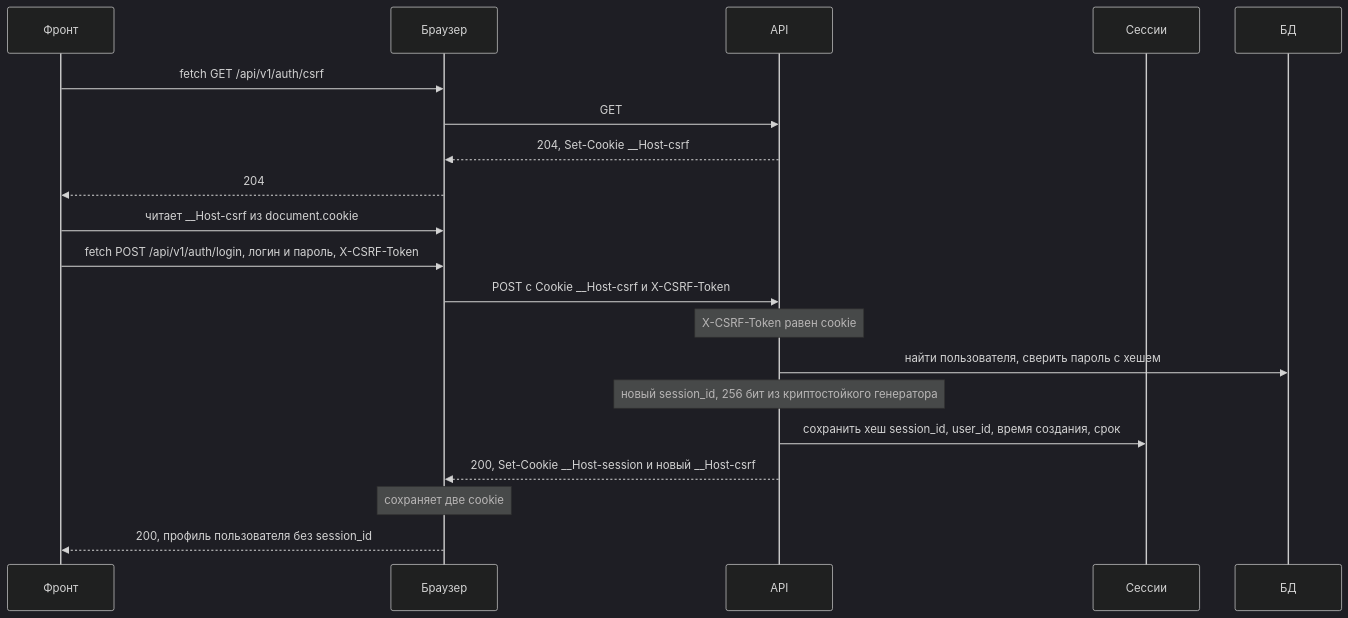
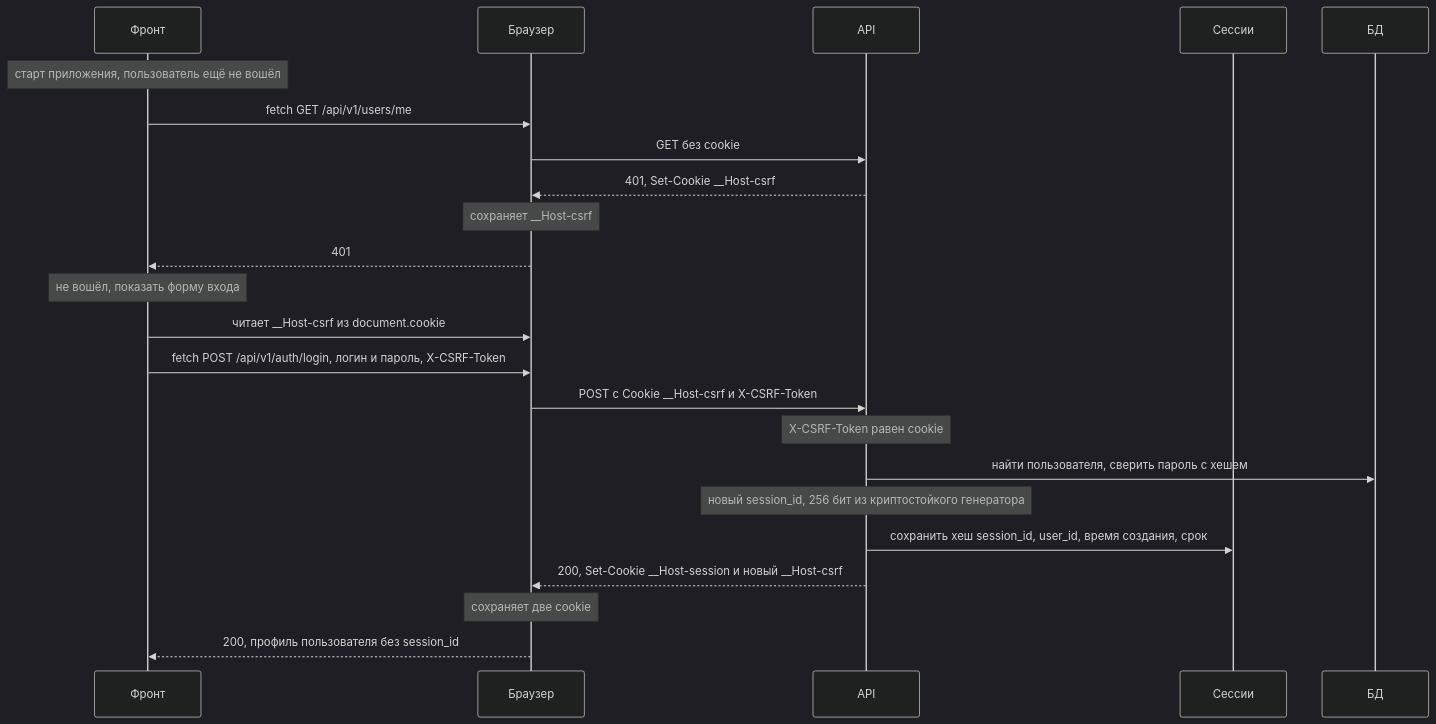
The first of 4 diagrams in rk1/variant-c.md (TP-Prepare/technopark-guidelines), drawn with Mermaid (dark theme) before and after one commit. The commit also changed other lines of this file and 7 other files, not shown here.

Commit message:
fix(rk1): CSRF-cookie ставит middleware, без отдельной ручки

````diff
--- a/rk1/variant-c.md
+++ b/rk1/variant-c.md
@@ -109,22 +111,25 @@
 ```mermaid
 sequenceDiagram
     participant F as Фронт
     participant B as Браузер
     participant A as API
     participant S as Сессии
     participant D as БД
-    F->>B: fetch GET /api/v1/auth/csrf
-    B->>A: GET
-    A-->>B: 204, Set-Cookie __Host-csrf
-    B-->>F: 204
+    Note over F: старт приложения, пользователь ещё не вошёл
+    F->>B: fetch GET /api/v1/users/me
+    B->>A: GET без cookie
+    A-->>B: 401, Set-Cookie __Host-csrf
+    Note over B: сохраняет __Host-csrf
+    B-->>F: 401
+    Note over F: не вошёл, показать форму входа
     F->>B: читает __Host-csrf из document.cookie
     F->>B: fetch POST /api/v1/auth/login, логин и пароль, X-CSRF-Token
     B->>A: POST с Cookie __Host-csrf и X-CSRF-Token
     Note over A: X-CSRF-Token равен cookie
     A->>D: найти пользователя, сверить пароль с хешем
     Note over A: новый session_id, 256 бит из криптостойкого генератора
     A->>S: сохранить хеш session_id, user_id, время создания, срок
     A-->>B: 200, Set-Cookie __Host-session и новый __Host-csrf
     Note over B: сохраняет две cookie
     B-->>F: 200, профиль пользователя без session_id
 ```
````
